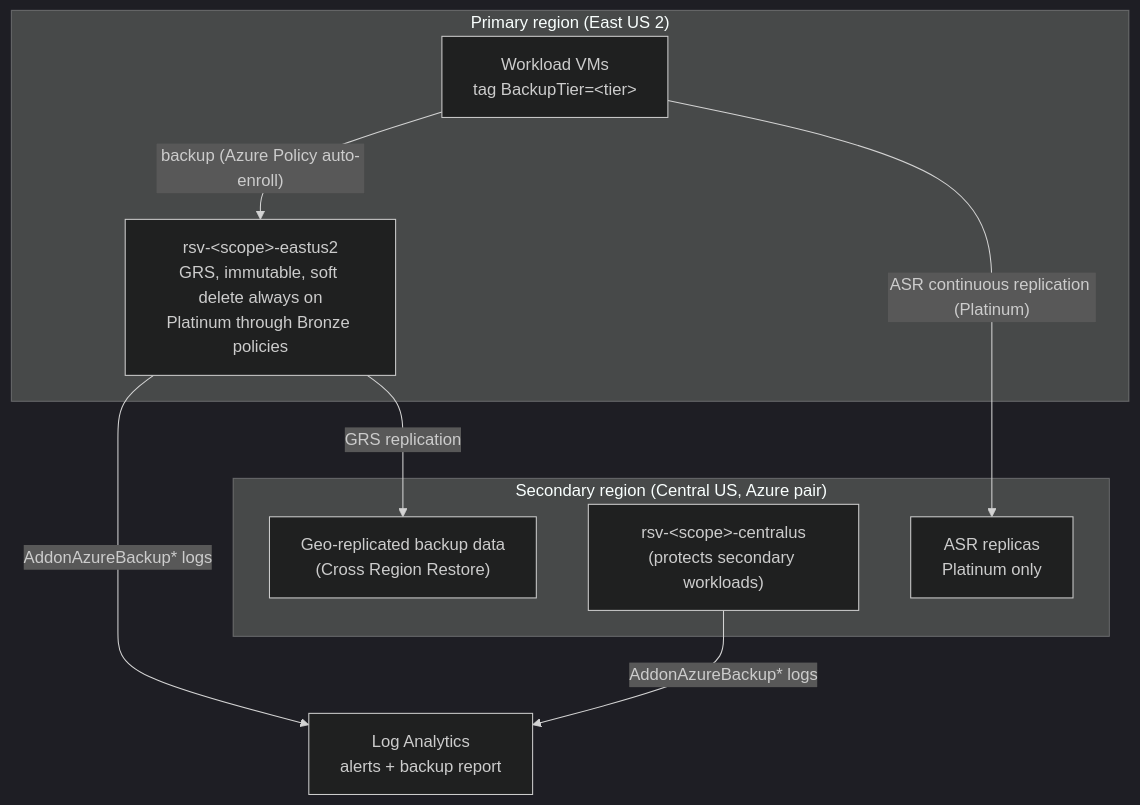
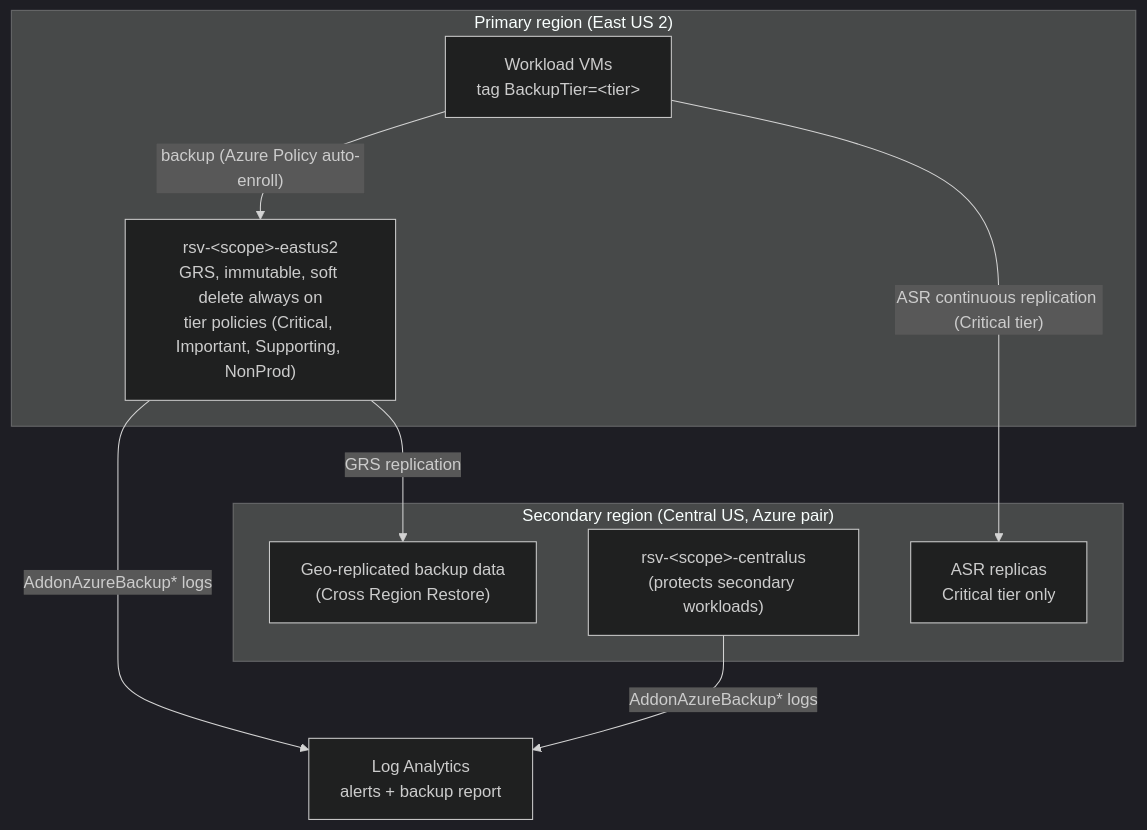
One commit to RaeRucker/azure-disaster-recovery-engineering changed the second of 2 diagrams in README.md. Above: the diagram before and after it, drawn with Mermaid (dark theme). The commit also changed other lines of this file and 10 other files, not shown here.

````diff
--- a/README.md
+++ b/README.md
@@ -55,16 +55,16 @@
 ```mermaid
 flowchart TB
     subgraph PRI["Primary region (East US 2)"]
         VMS["Workload VMs<br/>tag BackupTier=&lt;tier&gt;"]
-        RSV1["rsv-&lt;scope&gt;-eastus2<br/>GRS, immutable, soft delete always on<br/>Platinum through Bronze policies"]
+        RSV1["rsv-&lt;scope&gt;-eastus2<br/>GRS, immutable, soft delete always on<br/>tier policies (Critical, Important, Supporting, NonProd)"]
         VMS -- "backup (Azure Policy auto-enroll)" --> RSV1
     end
     subgraph SEC["Secondary region (Central US, Azure pair)"]
         GRS["Geo-replicated backup data<br/>(Cross Region Restore)"]
         RSV2["rsv-&lt;scope&gt;-centralus<br/>(protects secondary workloads)"]
-        REP["ASR replicas<br/>Platinum only"]
+        REP["ASR replicas<br/>Critical tier only"]
     end
     RSV1 -- "GRS replication" --> GRS
-    VMS -- "ASR continuous replication (Platinum)" --> REP
+    VMS -- "ASR continuous replication (Critical tier)" --> REP
     RSV1 & RSV2 -- "AddonAzureBackup* logs" --> LAW["Log Analytics<br/>alerts + backup report"]
 ```
````
